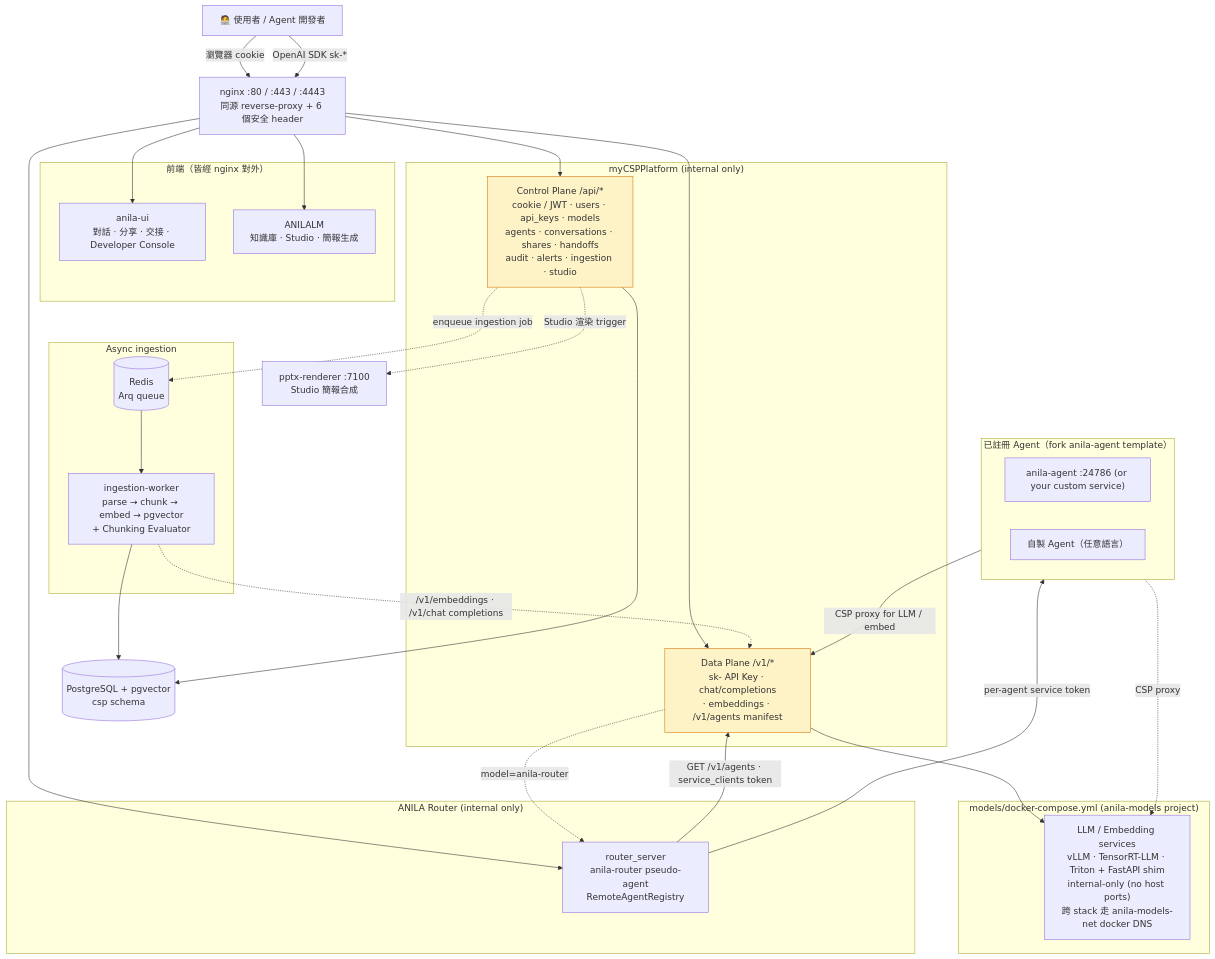
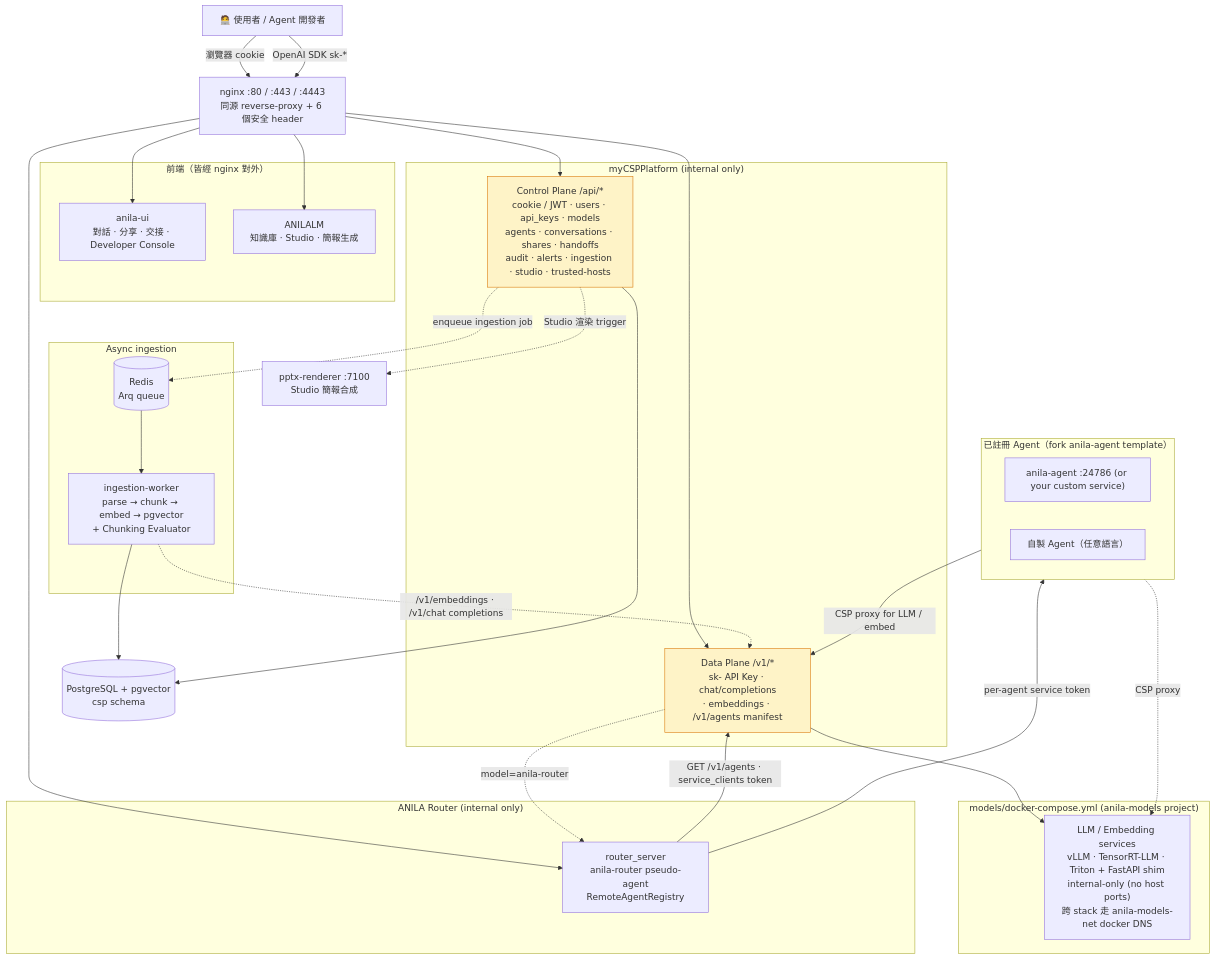
The diagram in README.md (zzw09773/ANILA), drawn with Mermaid before and after one commit. The commit also changed other lines of this file and 20 other files, not shown here.

````diff
--- a/README.md
+++ b/README.md
@@ -31,61 +31,61 @@
 ```mermaid
 flowchart TB
     users["🧑‍💻 使用者 / Agent 開發者"]
     nginx["nginx :80 / :443 / :4443<br/>同源 reverse-proxy + 6 個安全 header"]
 
     subgraph spas["前端（皆經 nginx 對外）"]
         anila_ui["anila-ui<br/>對話 · 分享 · 交接 · Developer Console"]
         anilalm["ANILALM<br/>知識庫 · Studio · 簡報生成"]
     end
 
     subgraph csp["myCSPPlatform (internal only)"]
-        csp_ctrl["Control Plane /api/*<br/>cookie / JWT · users · api_keys · models<br/>agents · conversations · shares · handoffs<br/>audit · alerts · ingestion · studio"]
+        csp_ctrl["Control Plane /api/*<br/>cookie / JWT · users · api_keys · models<br/>agents · conversations · shares · handoffs<br/>audit · alerts · ingestion · studio · trusted-hosts"]
         csp_data["Data Plane /v1/*<br/>sk- API Key · chat/completions<br/>· embeddings · /v1/agents manifest"]
     end
 
     subgraph router["ANILA Router (internal only)"]
         router_core["router_server<br/>anila-router pseudo-agent<br/>RemoteAgentRegistry"]
     end
 
     subgraph agents["已註冊 Agent（fork anila-agent template）"]
         rag["anila-agent :24786 (or your custom service)"]
         custom["自製 Agent（任意語言）"]
     end
 
     subgraph async["Async ingestion"]
         redis[("Redis<br/>Arq queue")]
         worker["ingestion-worker<br/>parse → chunk → embed → pgvector<br/>+ Chunking Evaluator"]
     end
 
     subgraph models["models/docker-compose.yml (anila-models project)"]
         llm["LLM / Embedding services<br/>vLLM · TensorRT-LLM · Triton + FastAPI shim<br/>internal-only (no host ports)<br/>跨 stack 走 anila-models-net docker DNS"]
     end
 
     pptx["pptx-renderer :7100<br/>Studio 簡報合成"]
     db[("PostgreSQL + pgvector<br/>csp schema")]
 
     users -->|瀏覽器 cookie| nginx
     users -->|OpenAI SDK sk-*| nginx
     nginx --> anila_ui
     nginx --> anilalm
     nginx --> csp_ctrl
     nginx --> csp_data
     nginx --> router_core
 
     csp_data -.->|model=anila-router| router_core
     router_core -->|GET /v1/agents · service_clients token| csp_data
     router_core -->|per-agent service token| agents
     agents -->|CSP proxy for LLM / embed| csp_data
 
     csp_ctrl --> db
     csp_data --> llm
     csp_ctrl -.->|enqueue ingestion job| redis
     redis --> worker
     worker --> db
     worker -.->|/v1/embeddings · /v1/chat completions| csp_data
     csp_ctrl -.->|Studio 渲染 trigger| pptx
     agents -.CSP proxy.-> llm
 
     classDef plane fill:#fef3c7,stroke:#d97706
     class csp_ctrl,csp_data plane
 ```
````
